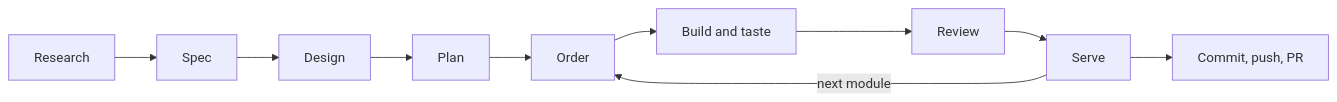
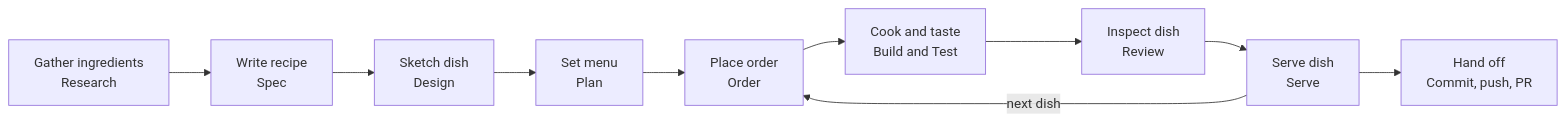
Before and after one commit to anhtranhai835/verid: the diagram in README.md, drawn with Mermaid. The commit also changed other lines of this file and 1 other file, not shown here.

````diff
--- a/README.md
+++ b/README.md
@@ -35,5 +35,6 @@
 ```mermaid
 flowchart LR
-  R[Research] --> S[Spec] --> D[Design] --> P[Plan] --> O[Order] --> B[Build and taste] --> V[Review] --> C[Serve] --> H[Commit, push, PR]
-  C -->|next module| O
+  R[Gather ingredients<br/>Research] --> S[Write recipe<br/>Spec] --> D[Sketch dish<br/>Design] --> P[Set menu<br/>Plan]
+  P --> O[Place order<br/>Order] --> B[Cook and taste<br/>Build and Test] --> V[Inspect dish<br/>Review] --> C[Serve dish<br/>Serve] --> H[Hand off<br/>Commit, push, PR]
+  C -->|next dish| O
 ```
````
